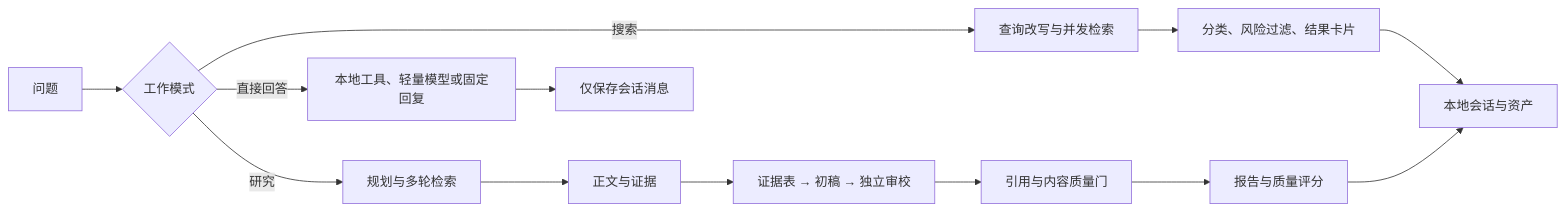
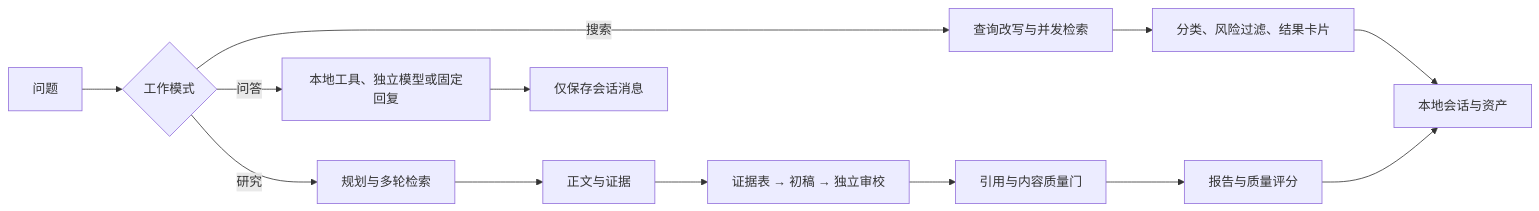
One commit to AllSuoHa/DeepSearch changed the first of 5 diagrams in README.md. Above: the diagram before and after it, drawn with Mermaid. The commit also changed other lines of this file and 34 other files, not shown here.

````diff
--- a/README.md
+++ b/README.md
@@ -31,15 +31,15 @@
 ```mermaid
 flowchart LR
     U[问题] --> R{工作模式}
-    R -->|直接回答| H[本地工具、轻量模型或固定回复]
+    R -->|问答| H[本地工具、独立模型或固定回复]
     R -->|搜索| S[查询改写与并发检索]
     S --> C[分类、风险过滤、结果卡片]
     R -->|研究| P[规划与多轮检索]
     P --> E[正文与证据]
     E --> G[证据表 → 初稿 → 独立审校]
     G --> Q[引用与内容质量门]
     Q --> A[报告与质量评分]
     C --> L[本地会话与资产]
     A --> L
     H --> M[仅保存会话消息]
 ```
````
